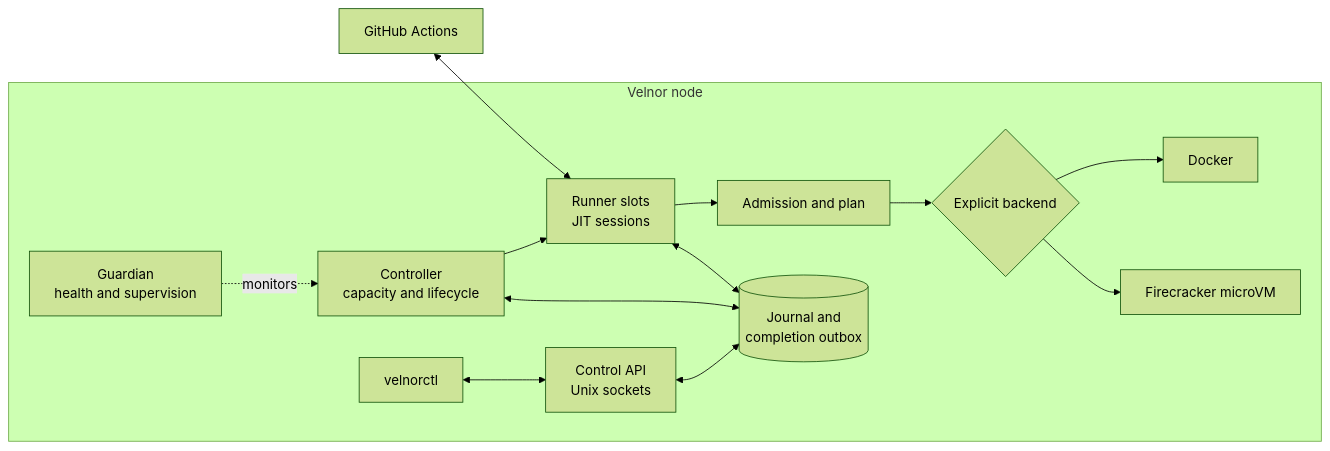
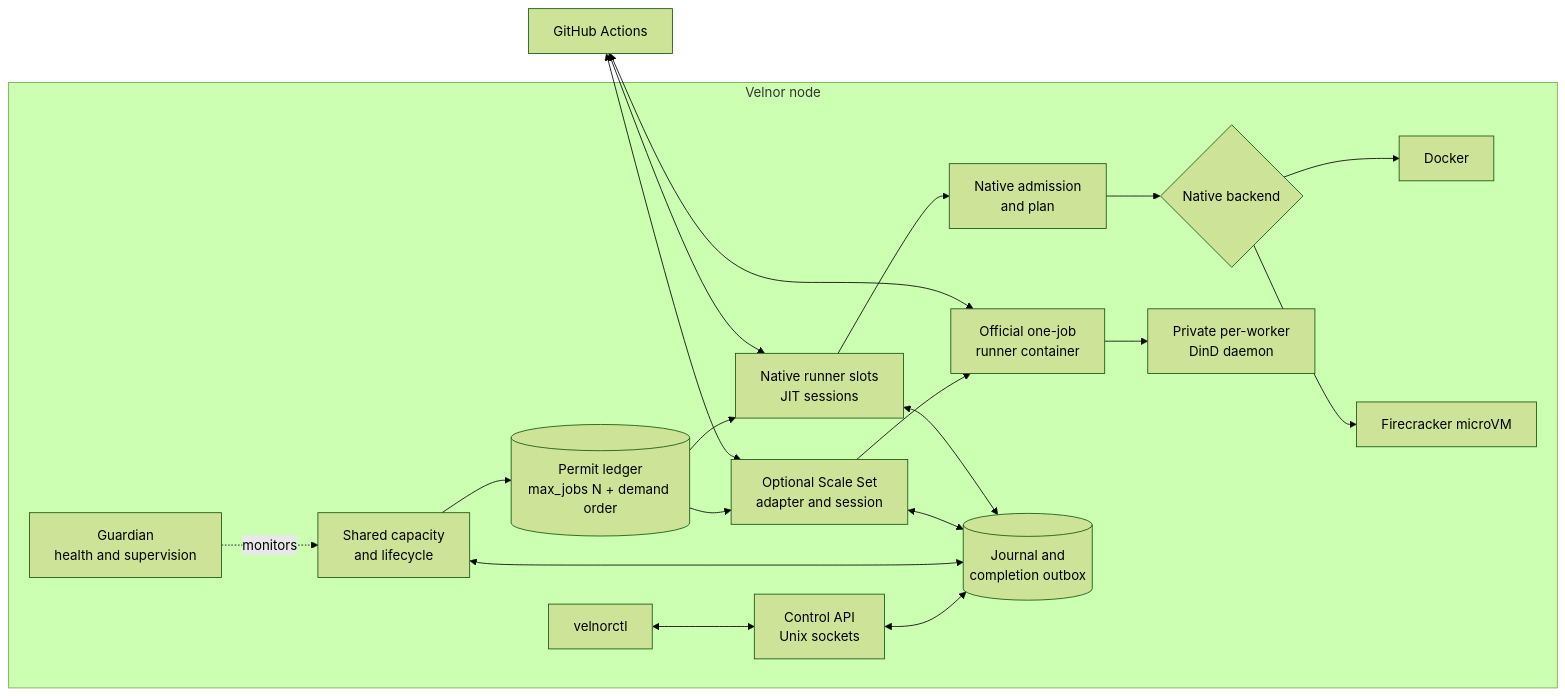
One commit to tailrocks/velnor changed the first of 2 diagrams in content/docs/concepts/architecture.mdx. Above: the diagram before and after it, drawn with Mermaid (forest theme). The commit also changed other lines of this file and 6 other files, not shown here.

Commit message:
docs: clarify native and scale set runner flows

````diff
--- a/content/docs/concepts/architecture.mdx
+++ b/content/docs/concepts/architecture.mdx
@@ -34,26 +40,36 @@
 ```mermaid
 flowchart LR
     GH[GitHub Actions]
     subgraph V[Velnor node]
         G[Guardian\nhealth and supervision]
-        C[Controller\ncapacity and lifecycle]
-        S[Runner slots\nJIT sessions]
-        A[Admission and plan]
-        B{Explicit backend}
+        C[Shared capacity\nand lifecycle]
+        L[(Permit ledger\nmax_jobs N + demand order)]
+        S[Native runner slots\nJIT sessions]
+        A[Native admission\nand plan]
+        B{Native backend}
         D[Docker]
         F[Firecracker microVM]
+        SS[Optional Scale Set\nadapter and session]
+        R[Official one-job\nrunner container]
+        DD[Private per-worker\nDinD daemon]
         J[(Journal and\ncompletion outbox)]
         O[Control API\nUnix sockets]
         X[velnorctl]
     end
     GH <--> S
-    C --> S
+    GH <--> SS
+    GH <--> R
+    C --> L
+    L --> S
+    L --> SS
     S --> A --> B
     B --> D
     B --> F
+    SS --> R --> DD
     S <--> J
+    SS <--> J
     C <--> J
     O <--> J
     X <--> O
     G -. monitors .-> C
 ```
````
